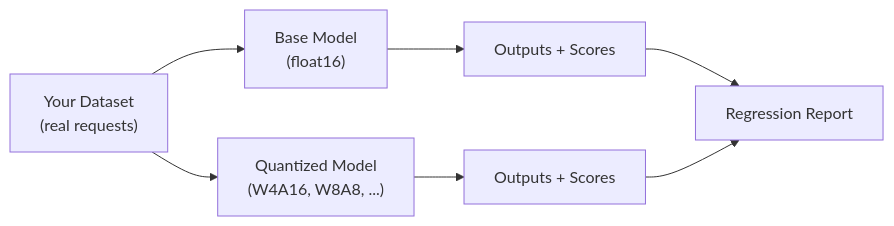
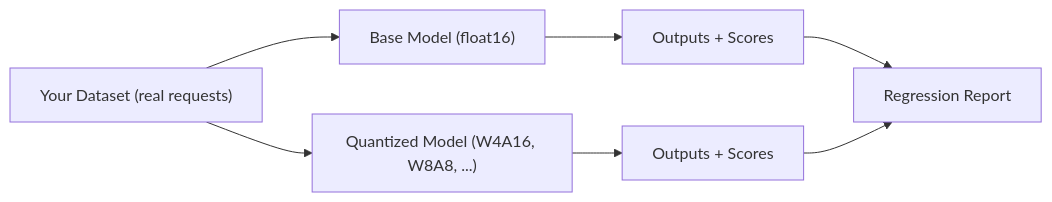
One commit to lelouch0204/quantization-profiler changed the diagram in README.md. Above: the diagram before and after it, drawn with Mermaid. The commit also changed other lines of this file, not shown here.

````diff
--- a/README.md
+++ b/README.md
@@ -30,13 +30,13 @@
 ```mermaid
 flowchart LR
-    DS["Your Dataset\n(real requests)"]
+    DS["Your Dataset (real requests)"]
 
-    DS --> BM["Base Model\n(float16)"]
-    DS --> QM["Quantized Model\n(W4A16, W8A8, ...)"]
+    DS --> BM["Base Model (float16)"]
+    DS --> QM["Quantized Model (W4A16, W8A8, ...)"]
 
     BM --> BS["Outputs + Scores"]
     QM --> QS["Outputs + Scores"]
 
     BS --> RR["Regression Report"]
     QS --> RR
 ```
````
